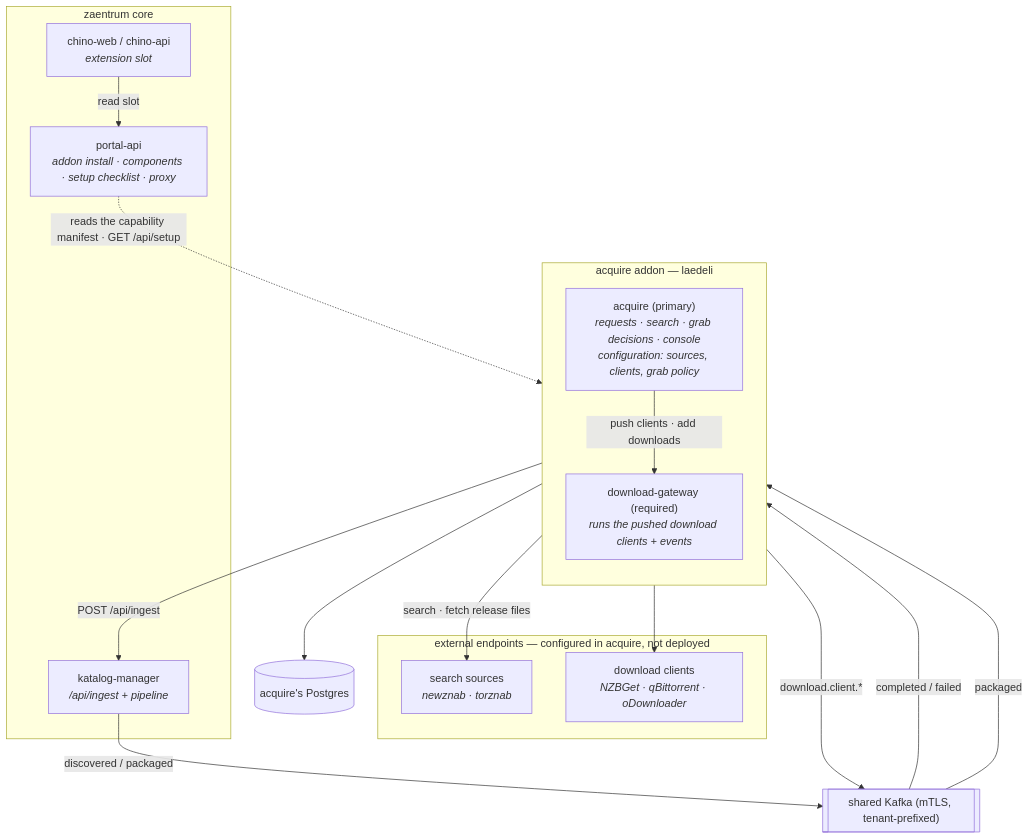
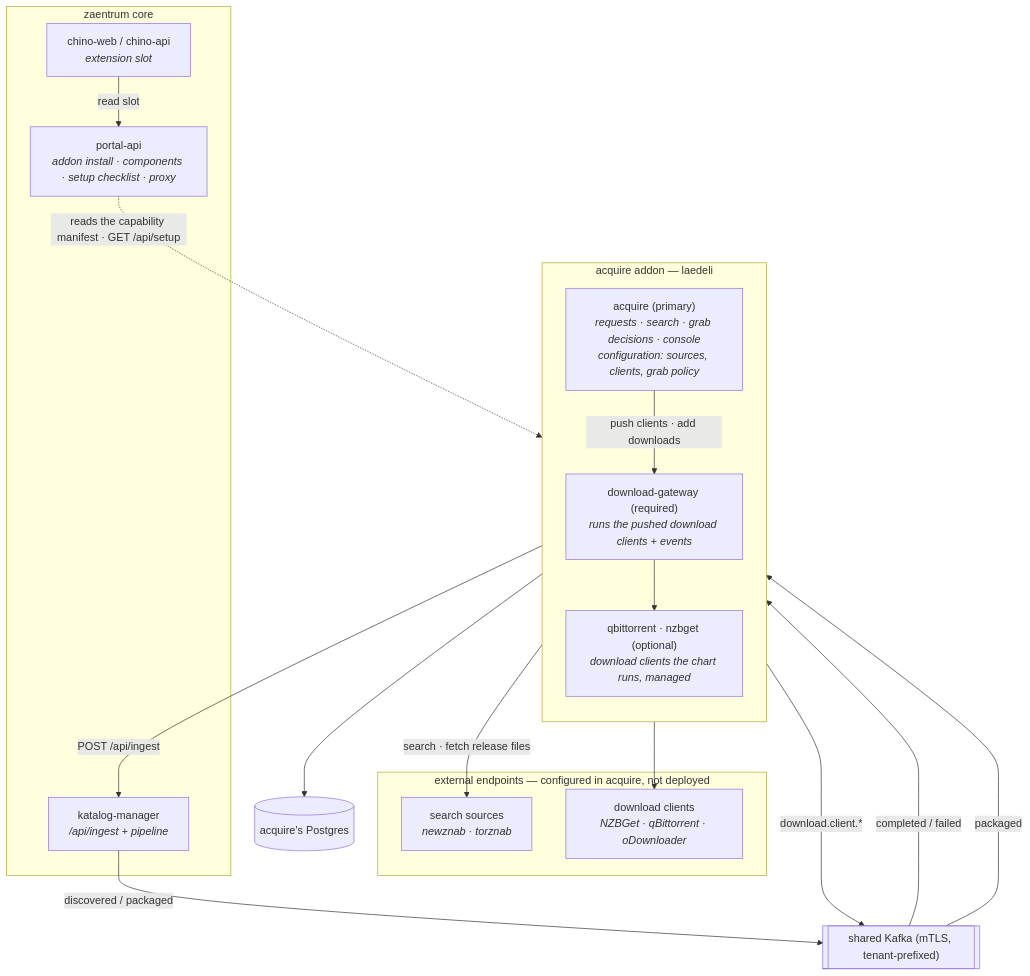
One commit to laedeli/acquire changed the second of 2 diagrams in docs/architecture.md. Above: the diagram before and after it, drawn with Mermaid. The commit also changed other lines of this file and 3 other files, not shown here.

````diff
--- a/docs/architecture.md
+++ b/docs/architecture.md
@@ -131,31 +134,33 @@
 ```mermaid
 flowchart TB
     subgraph addon["acquire addon — laedeli"]
         direction TB
         ACQ["acquire (primary)<br/><i>requests · search · grab decisions · console<br/>configuration: sources, clients, grab policy</i>"]
         GW["download-gateway (required)<br/><i>runs the pushed download clients + events</i>"]
+        MDC["qbittorrent · nzbget (optional)<br/><i>download clients the chart runs, managed</i>"]
     end
     subgraph external["external endpoints — configured in acquire, not deployed"]
         SRC["search sources<br/><i>newznab · torznab</i>"]
         DC["download clients<br/><i>NZBGet · qBittorrent · oDownloader</i>"]
     end
     subgraph coreapp["zaentrum core"]
         POR["portal-api<br/><i>addon install · components · setup checklist · proxy</i>"]
         WEB["chino-web / chino-api<br/><i>extension slot</i>"]
         KMG["katalog-manager<br/><i>/api/ingest + pipeline</i>"]
     end
     DB[("acquire's Postgres")]
     BUS[["shared Kafka (mTLS, tenant-prefixed)"]]
 
     POR -.->|"reads the capability manifest · GET /api/setup"| ACQ
     WEB -->|"read slot"| POR
     ACQ --> DB
     ACQ -->|"search · fetch release files"| SRC
     ACQ -->|"push clients · add downloads"| GW
     GW --> DC
+    GW --> MDC
     GW -->|"download.client.*"| BUS
     BUS -->|"completed / failed"| ACQ
     ACQ -->|"POST /api/ingest"| KMG
     KMG -->|"discovered / packaged"| BUS
     BUS -->|"packaged"| ACQ
 ```
````
